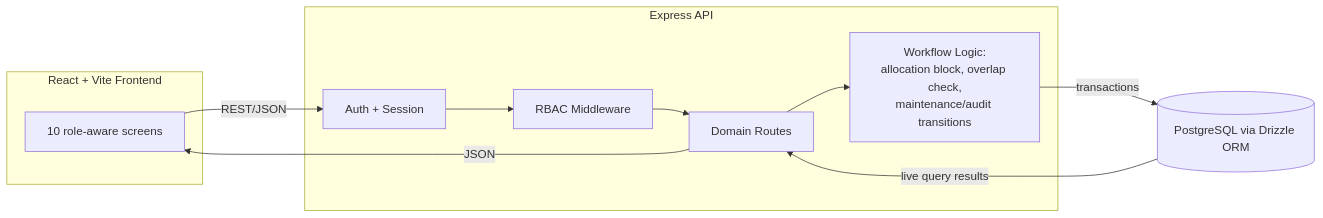
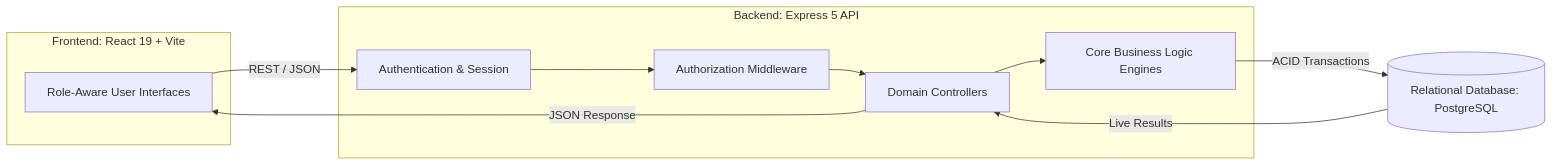
The first of 2 diagrams in README.md (Vandan-726/Odoo-X-Team-Error-404-), drawn with Mermaid before and after one commit. The commit also changed other lines of this file and 1 other file, not shown here.

````diff
--- a/README.md
+++ b/README.md
@@ -81,21 +63,23 @@
 ```mermaid
 flowchart LR
-    subgraph Client [React + Vite Frontend]
-        UI[10 role-aware screens]
+    subgraph Client [Frontend: React 19 + Vite]
+        UI[Role-Aware User Interfaces]
     end
-    subgraph Server [Express API]
-        Auth[Auth + Session]
-        RBAC[RBAC Middleware]
-        Routes[Domain Routes]
-        Logic[Workflow Logic:<br/>allocation block, overlap check,<br/>maintenance/audit transitions]
+    
+    subgraph Server [Backend: Express 5 API]
+        Auth[Authentication & Session]
+        RBAC[Authorization Middleware]
+        Routes[Domain Controllers]
+        Logic[Core Business Logic Engines]
     end
-    DB[(PostgreSQL via Drizzle ORM)]
+    
+    DB[(Relational Database: PostgreSQL)]
 
-    UI -- REST/JSON --> Auth
+    UI -- REST / JSON --> Auth
     Auth --> RBAC
     RBAC --> Routes
     Routes --> Logic
-    Logic -- transactions --> DB
-    DB -- live query results --> Routes
-    Routes -- JSON --> UI
+    Logic -- ACID Transactions --> DB
+    DB -- Live Results --> Routes
+    Routes -- JSON Response --> UI
 ```
````
